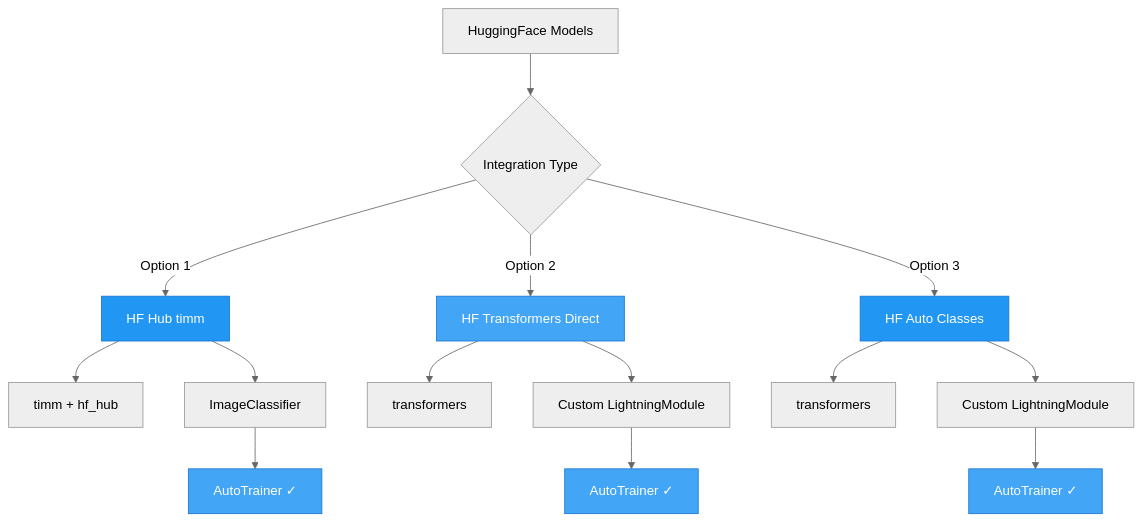
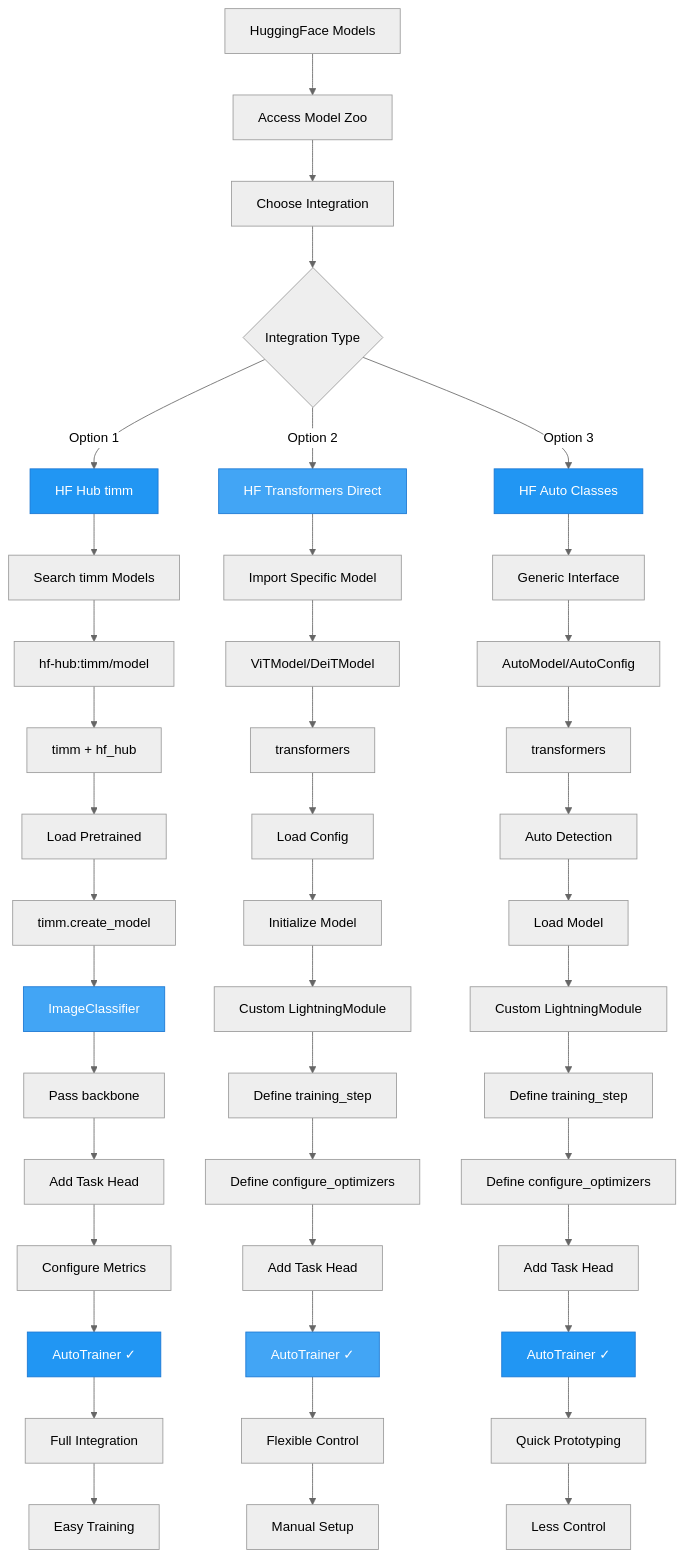
One commit to theja-vanka/AutoTimm changed the diagram in docs/user-guide/integration/huggingface-integration-comparison.md. Above: the diagram before and after it, drawn with Mermaid (neutral theme). The commit also changed 48 other files, not shown here.

````diff
--- a/docs/user-guide/integration/huggingface-integration-comparison.md
+++ b/docs/user-guide/integration/huggingface-integration-comparison.md
@@ -7,27 +7,59 @@
 ```mermaid
 graph TD
-    A[HuggingFace Models] --> B{Integration Type}
+    A[HuggingFace Models] --> A1[Access Model Zoo]
+    A1 --> A2[Choose Integration]
+    A2 --> B{Integration Type}
     
     B -->|Option 1| C[HF Hub timm]
+    C --> C1[Search timm Models]
+    C1 --> C2[hf-hub:timm/model]
+    C2 --> F1[timm + hf_hub]
+    F1 --> F1a[Load Pretrained]
+    F1a --> F1b[timm.create_model]
+    F1b --> G1[ImageClassifier]
+    
+    G1 --> G1a[Pass backbone]
+    G1a --> G1b[Add Task Head]
+    G1b --> G1c[Configure Metrics]
+    G1c --> H1[AutoTrainer ✓]
+    H1 --> H1a[Full Integration]
+    H1a --> H1b[Easy Training]
+    
     B -->|Option 2| D[HF Transformers Direct]
+    D --> D1[Import Specific Model]
+    D1 --> D2[ViTModel/DeiTModel]
+    D2 --> F2[transformers]
+    F2 --> F2a[Load Config]
+    F2a --> F2b[Initialize Model]
+    F2b --> G2[Custom LightningModule]
+    
+    G2 --> G2a[Define training_step]
+    G2a --> G2b[Define configure_optimizers]
+    G2b --> G2c[Add Task Head]
+    G2c --> H2[AutoTrainer ✓]
+    H2 --> H2a[Flexible Control]
+    H2a --> H2b[Manual Setup]
+    
     B -->|Option 3| E[HF Auto Classes]
+    E --> E1[Generic Interface]
+    E1 --> E2[AutoModel/AutoConfig]
+    E2 --> F3[transformers]
+    F3 --> F3a[Auto Detection]
+    F3a --> F3b[Load Model]
+    F3b --> G3[Custom LightningModule]
     
-    C --> F1[timm + hf_hub]
-    C --> G1[ImageClassifier]
-    G1 --> H1[AutoTrainer ✓]
-    
-    D --> F2[transformers]
-    D --> G2[Custom LightningModule]
-    G2 --> H2[AutoTrainer ✓]
-    
-    E --> F3[transformers]
-    E --> G3[Custom LightningModule]
-    G3 --> H3[AutoTrainer ✓]
+    G3 --> G3a[Define training_step]
+    G3a --> G3b[Define configure_optimizers]
+    G3b --> G3c[Add Task Head]
+    G3c --> H3[AutoTrainer ✓]
+    H3 --> H3a[Quick Prototyping]
+    H3a --> H3b[Less Control]
     
     style C fill:#2196F3,stroke:#1976D2,color:#fff
     style D fill:#42A5F5,stroke:#1976D2,color:#fff
     style E fill:#2196F3,stroke:#1976D2,color:#fff
-    style H1 fill:#42A5F5,stroke:#1976D2,color:#fff
+    style G1 fill:#42A5F5,stroke:#1976D2,color:#fff
+    style H1 fill:#2196F3,stroke:#1976D2,color:#fff
     style H2 fill:#42A5F5,stroke:#1976D2,color:#fff
-    style H3 fill:#42A5F5,stroke:#1976D2,color:#fff
+    style H3 fill:#2196F3,stroke:#1976D2,color:#fff
 ```
````
